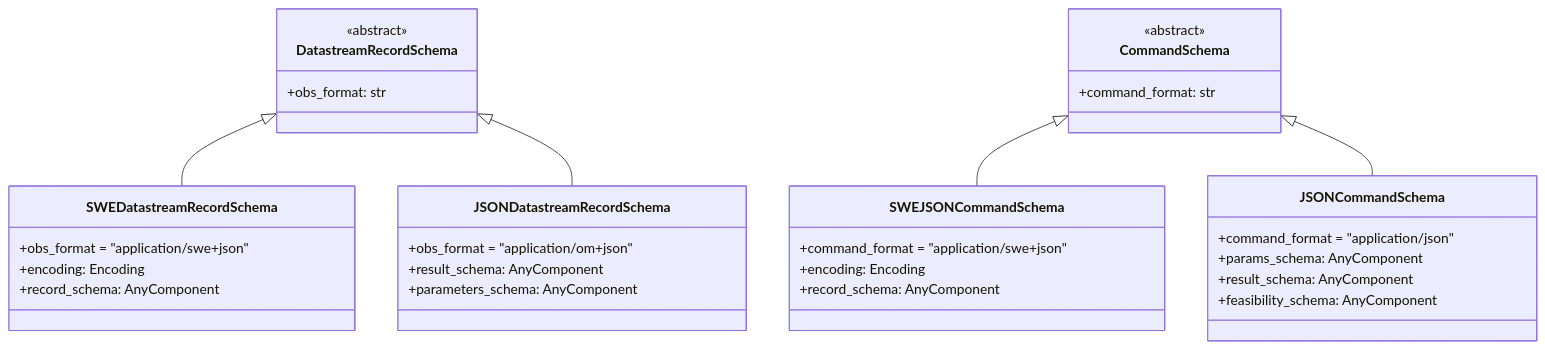
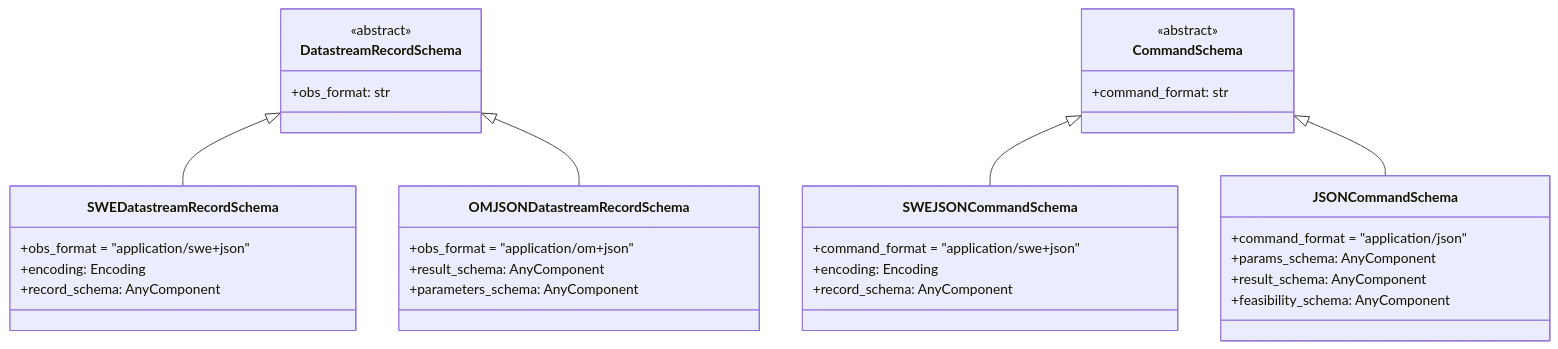
One commit to Botts-Innovative-Research/OSHConnect-Python changed the third of 4 diagrams in docs/source/architecture/class_hierarchy.md. Above: the diagram before and after it, drawn with Mermaid. The commit also changed 13 other files, not shown here.

First line of the commit message:
Fix the relationship between datastreamschema and add_insert datastream.

````diff
--- a/docs/source/architecture/class_hierarchy.md
+++ b/docs/source/architecture/class_hierarchy.md
@@ -147,39 +147,39 @@
 ```mermaid
 classDiagram
     direction TB
     class DatastreamRecordSchema {
         <<abstract>>
         +obs_format: str
     }
     class SWEDatastreamRecordSchema {
         +obs_format = "application/swe+json"
         +encoding: Encoding
         +record_schema: AnyComponent
     }
-    class JSONDatastreamRecordSchema {
+    class OMJSONDatastreamRecordSchema {
         +obs_format = "application/om+json"
         +result_schema: AnyComponent
         +parameters_schema: AnyComponent
     }
 
     class CommandSchema {
         <<abstract>>
         +command_format: str
     }
     class SWEJSONCommandSchema {
         +command_format = "application/swe+json"
         +encoding: Encoding
         +record_schema: AnyComponent
     }
     class JSONCommandSchema {
         +command_format = "application/json"
         +params_schema: AnyComponent
         +result_schema: AnyComponent
         +feasibility_schema: AnyComponent
     }
 
     DatastreamRecordSchema <|-- SWEDatastreamRecordSchema
-    DatastreamRecordSchema <|-- JSONDatastreamRecordSchema
+    DatastreamRecordSchema <|-- OMJSONDatastreamRecordSchema
     CommandSchema <|-- SWEJSONCommandSchema
     CommandSchema <|-- JSONCommandSchema
 ```
````
